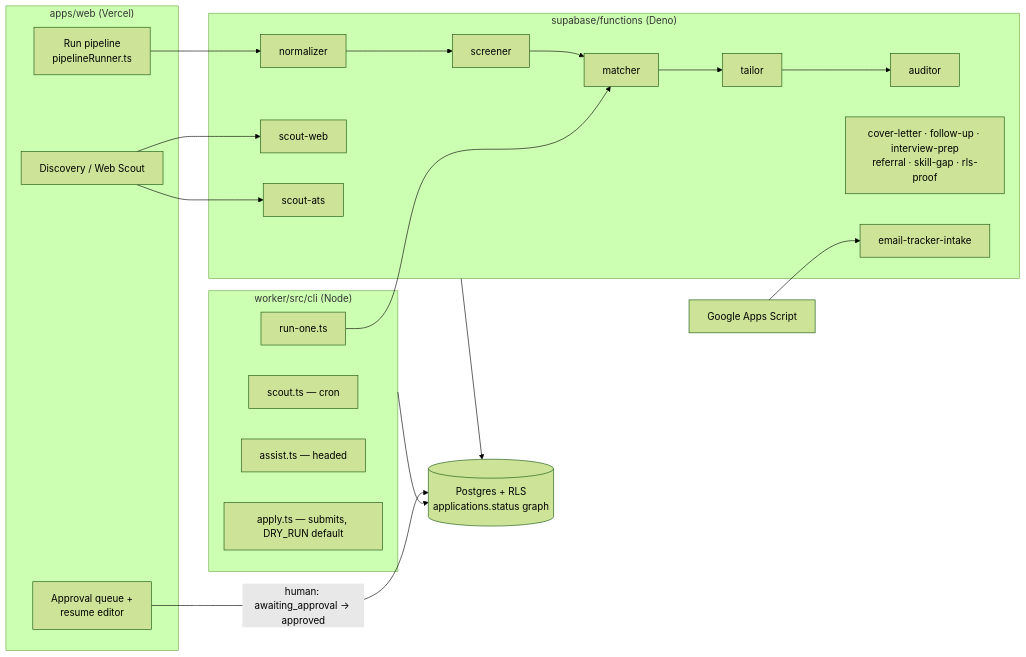
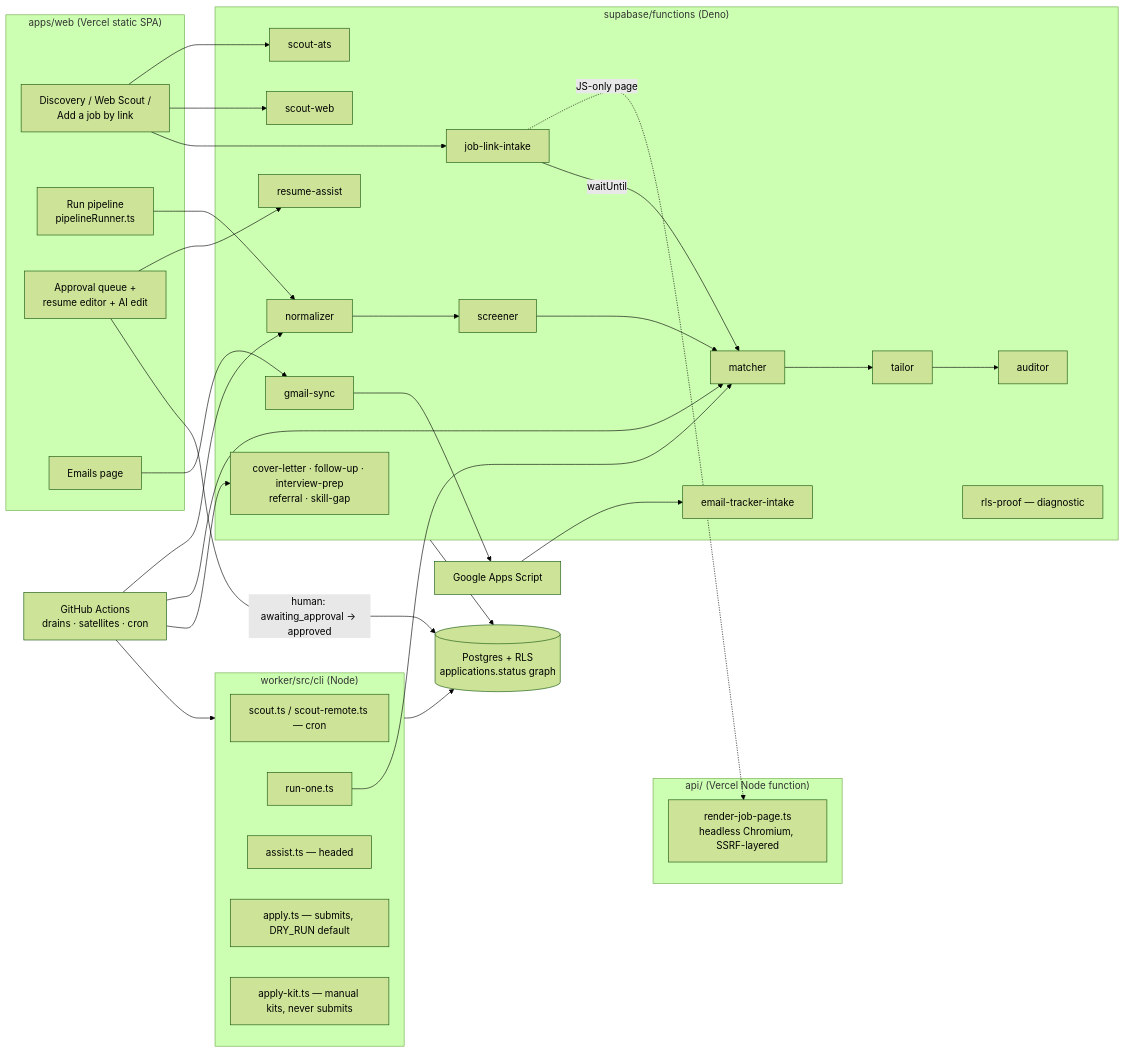
Before and after one commit to MallamTeja/applyyy: the first of 3 diagrams in docs/SYSTEM_ARCHITECTURE.md, drawn with Mermaid (forest theme). The commit also changed other lines of this file and 12 other files, not shown here.

First line of the commit message:
docs(stack): tech-stack inventory snapshot 2026-11-05; architecture docs reconciled to live state

````diff
--- a/docs/SYSTEM_ARCHITECTURE.md
+++ b/docs/SYSTEM_ARCHITECTURE.md
@@ -25,30 +26,49 @@
 ```mermaid
 flowchart LR
-  subgraph Browser["apps/web (Vercel)"]
-    D[Discovery / Web Scout]
+  subgraph Browser["apps/web (Vercel static SPA)"]
+    D[Discovery / Web Scout /<br/>Add a job by link]
     PR[Run pipeline<br/>pipelineRunner.ts]
-    AQ[Approval queue +<br/>resume editor]
+    AQ[Approval queue +<br/>resume editor + AI edit]
+    EM[Emails page]
+  end
+  subgraph Vercel["api/ (Vercel Node function)"]
+    RJ[render-job-page.ts<br/>headless Chromium, SSRF-layered]
   end
   subgraph Edge["supabase/functions (Deno)"]
     SA[scout-ats]
     SW[scout-web]
+    JL[job-link-intake]
     N[normalizer] --> S[screener] --> M[matcher] --> T[tailor] --> A[auditor]
-    AUX[cover-letter · follow-up · interview-prep<br/>referral · skill-gap · rls-proof]
+    AUX[cover-letter · follow-up · interview-prep<br/>referral · skill-gap]
+    RA[resume-assist]
     ET[email-tracker-intake]
+    GS[gmail-sync]
+    RP[rls-proof — diagnostic]
   end
   subgraph Worker["worker/src/cli (Node)"]
-    SC[scout.ts — cron]
+    SC[scout.ts / scout-remote.ts — cron]
     RO[run-one.ts]
     AS[assist.ts — headed]
     AP[apply.ts — submits, DRY_RUN default]
+    AK[apply-kit.ts — manual kits, never submits]
   end
+  GHA[GitHub Actions<br/>drains · satellites · cron]
   DB[(Postgres + RLS<br/>applications.status graph)]
   GAS[Google Apps Script] --> ET
   D --> SA
   D --> SW
+  D --> JL
+  JL -.->|JS-only page| RJ
+  JL -->|waitUntil| M
   PR --> N
   RO --> M
+  AQ --> RA
   AQ -->|human: awaiting_approval → approved| DB
+  EM --> GS --> GAS
+  GHA --> N
+  GHA --> M
+  GHA --> AUX
+  GHA --> Worker
   Edge --> DB
   Worker --> DB
 ```
````
